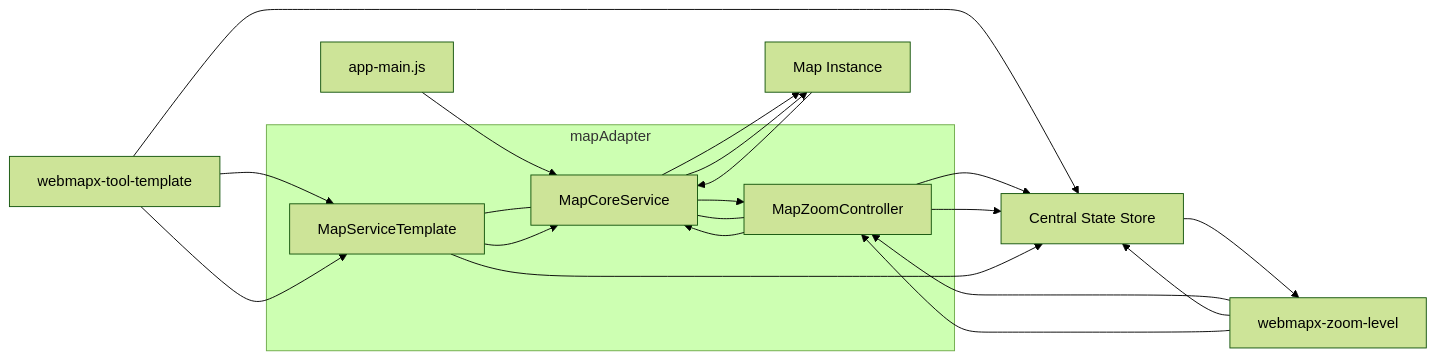
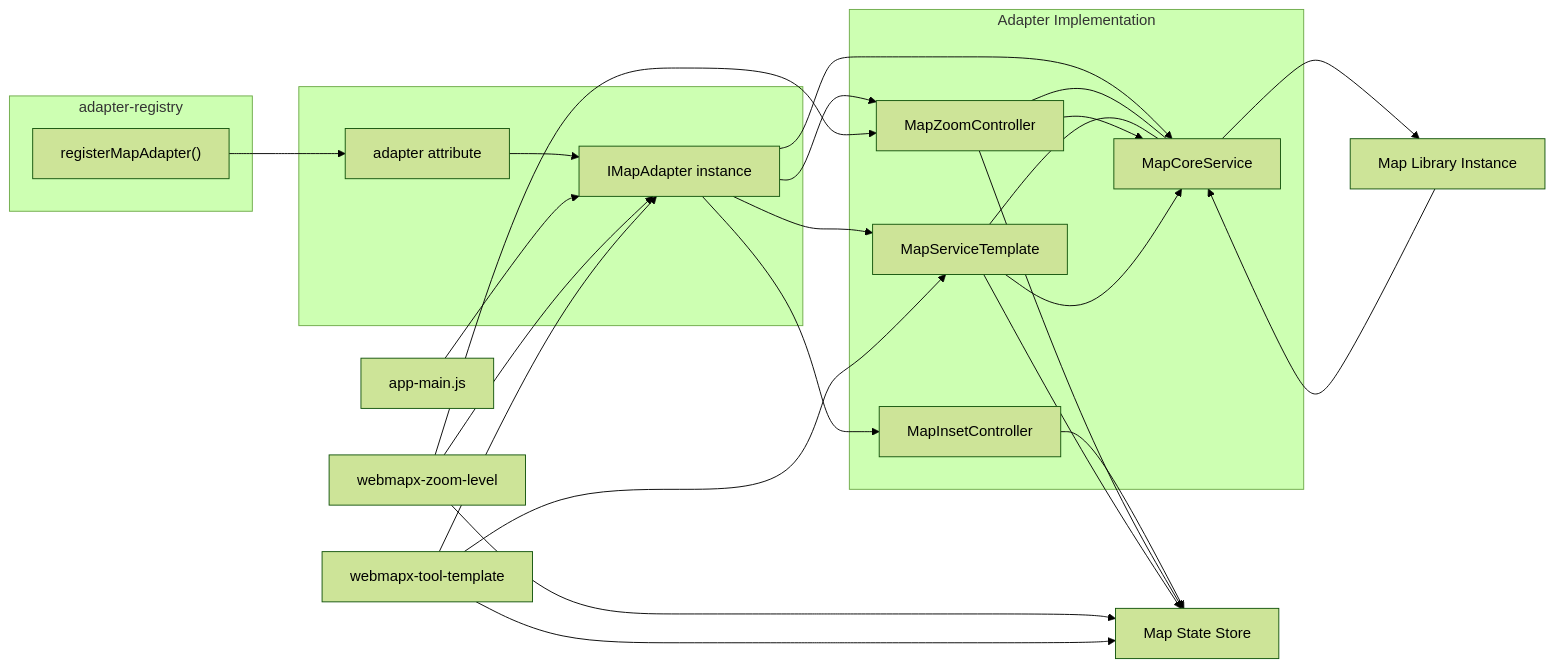
One commit to edugis-org/webmapx changed the diagram in docs/DEVELOPER_GUIDE.md. Above: the diagram before and after it, drawn with Mermaid (forest theme). The commit also changed other lines of this file and 23 other files, not shown here.

Commit message:
refactor: move central store to per-map store

````diff
--- a/docs/DEVELOPER_GUIDE.md
+++ b/docs/DEVELOPER_GUIDE.md
@@ -56,46 +56,63 @@
 ```mermaid
 flowchart LR
-        subgraph Adapter[mapAdapter]
-            MCS[MapCoreService]
-            MST[MapServiceTemplate]
-            MZC[MapZoomController]
-        end
+    subgraph Registry["adapter-registry"]
+        REG["registerMapAdapter()"]
+    end
 
-        MAP[Map Instance]
-        STORE[Central State Store]
+    subgraph MapElement["<webmapx-map>"]
+        ATTR["adapter attribute"]
+        ADAPTER["IMapAdapter instance"]
+    end
 
-        ZCOMP[webmapx-zoom-level]
-        TCOMP[webmapx-tool-template]
-        APP[app-main.js]
+    subgraph Adapter["Adapter Implementation"]
+        MCS["MapCoreService"]
+        MST["MapServiceTemplate"]
+        MZC["MapZoomController"]
+        INSET["MapInsetController"]
+    end
 
-        %% App initializes core which creates the map instance
-        APP --> MCS
-        MCS --> MAP
+    MAP["Map Library Instance"]
+    STORE["Map State Store"]
 
-        %% Controllers/services depend on core
-        MZC --- MCS
-        MST --- MCS
+    ZCOMP["webmapx-zoom-level"]
+    TCOMP["webmapx-tool-template"]
+    APP["app-main.js"]
 
-        %% Components use controllers/services and subscribe to store
-        ZCOMP --> MZC
-        TCOMP --> MST
-        ZCOMP --> STORE
-        TCOMP --> STORE
+    %% Registry injects the adapter factory used by each map element
+    REG --> ATTR
+    ATTR --> ADAPTER
 
-        %% Zoom flow (UI intent -> core -> map -> store)
-        ZCOMP --> MZC
-        MZC --> MCS
-        MCS --> MAP
-        MZC --> STORE
+    %% Map element exposes adapter to app/components
+    APP --> ADAPTER
+    ZCOMP --> ADAPTER
+    TCOMP --> ADAPTER
 
-        %% Map emits zoomend -> core -> controller -> store -> UI update
-        MAP --> MCS
-        MCS --> MZC
-        MZC --> STORE
-        STORE --> ZCOMP
+    %% Adapter composes services/controllers/core
+    ADAPTER --> MCS
+    ADAPTER --> MST
+    ADAPTER --> MZC
+    ADAPTER --> INSET
 
-        %% Tool service flow (UI intent -> service -> core/map -> store)
-        TCOMP --> MST
-        MST --> MCS
-        MST --> STORE
+    %% Core controls the concrete map library instance
+    MCS --> MAP
+    MAP --> MCS
+
+    %% Services/controllers collaborate with core
+    MZC --- MCS
+    MST --- MCS
+    INSET --> STORE
+
+    %% Components subscribe to store
+    ZCOMP --> STORE
+    TCOMP --> STORE
+
+    %% Zoom flow (UI intent -> adapter -> core -> map -> store)
+    ZCOMP --> MZC
+    MZC --> MCS
+    MZC --> STORE
+
+    %% Tool flow (UI intent -> adapter service -> core/map -> store)
+    TCOMP --> MST
+    MST --> MCS
+    MST --> STORE
 ```
````
